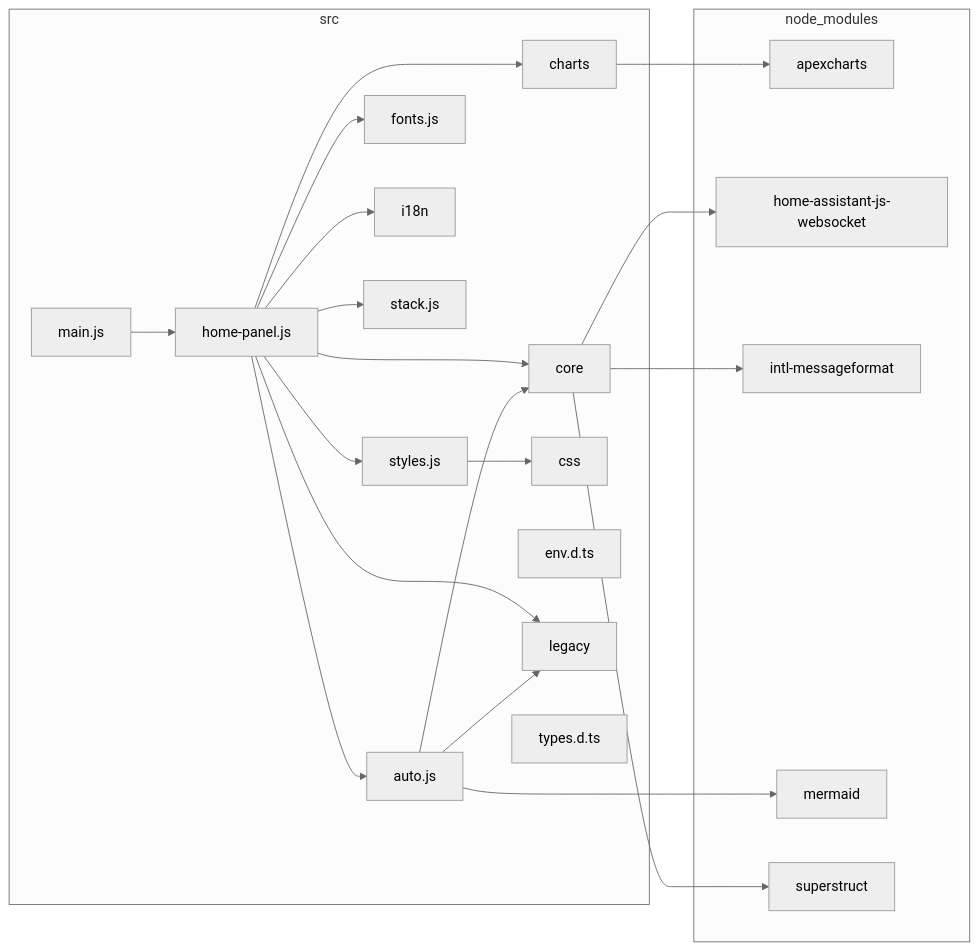
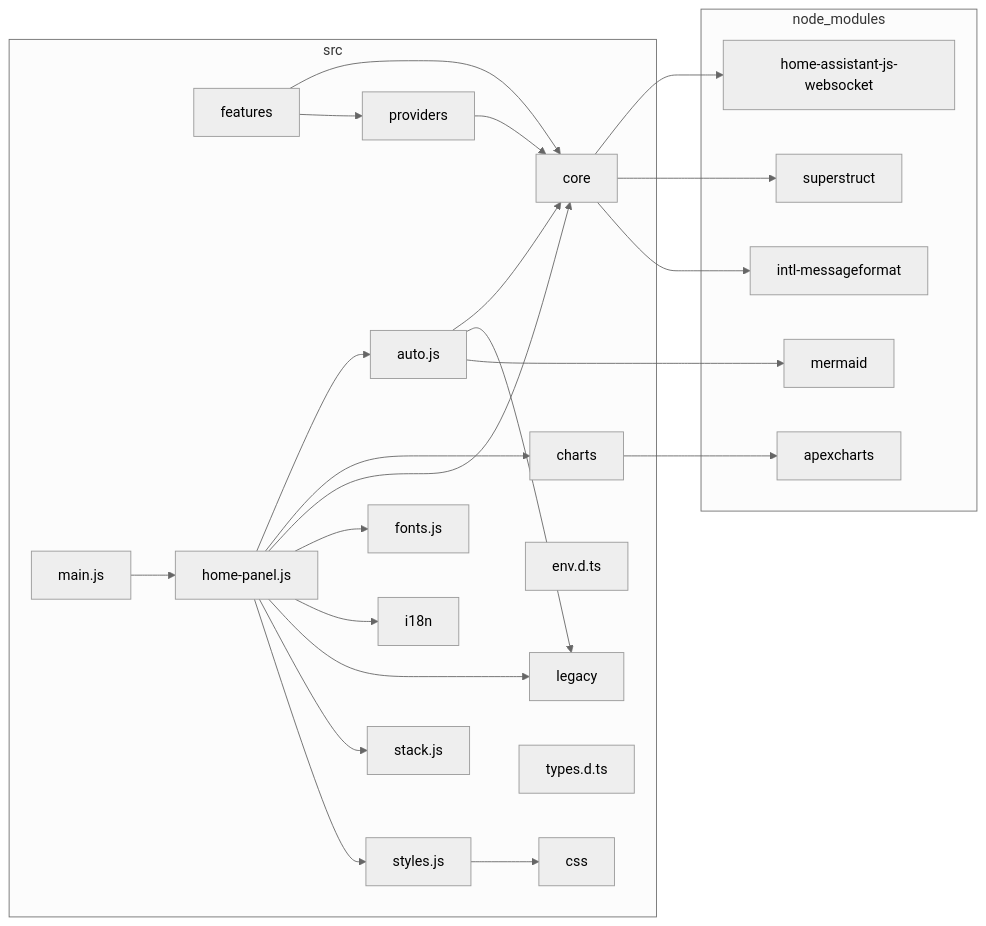
One commit to pldelisle/ha-home-panel changed the diagram in docs/architecture/dependency-graph.md. Above: the diagram before and after it, drawn with Mermaid (neutral theme). The commit also changed 3 other files, not shown here.

````diff
--- a/docs/architecture/dependency-graph.md
+++ b/docs/architecture/dependency-graph.md
@@ -5,43 +5,48 @@
 ```mermaid
 flowchart LR
 
 subgraph 0["node_modules"]
 1["apexcharts"]
 2["home-assistant-js-websocket"]
 3["intl-messageformat"]
 4["mermaid"]
 5["superstruct"]
 end
 subgraph 6["src"]
 7["auto.js"]
 8["charts"]
 9["core"]
 A["css"]
 B["env.d.ts"]
-C["fonts.js"]
-D["home-panel.js"]
-E["i18n"]
-F["legacy"]
-G["main.js"]
-H["stack.js"]
-I["styles.js"]
-J["types.d.ts"]
+C["features"]
+D["fonts.js"]
+E["home-panel.js"]
+F["i18n"]
+G["legacy"]
+H["main.js"]
+I["providers"]
+J["stack.js"]
+K["styles.js"]
+L["types.d.ts"]
 end
 7-->9
-7-->F
+7-->G
 7-->4
 8-->1
 9-->2
 9-->5
 9-->3
-D-->7
-D-->8
-D-->9
-D-->C
-D-->E
-D-->F
-D-->H
-D-->I
-G-->D
-I-->A
+C-->9
+C-->I
+E-->7
+E-->8
+E-->9
+E-->D
+E-->F
+E-->G
+E-->J
+E-->K
+H-->E
+I-->9
+K-->A
 ```
````
